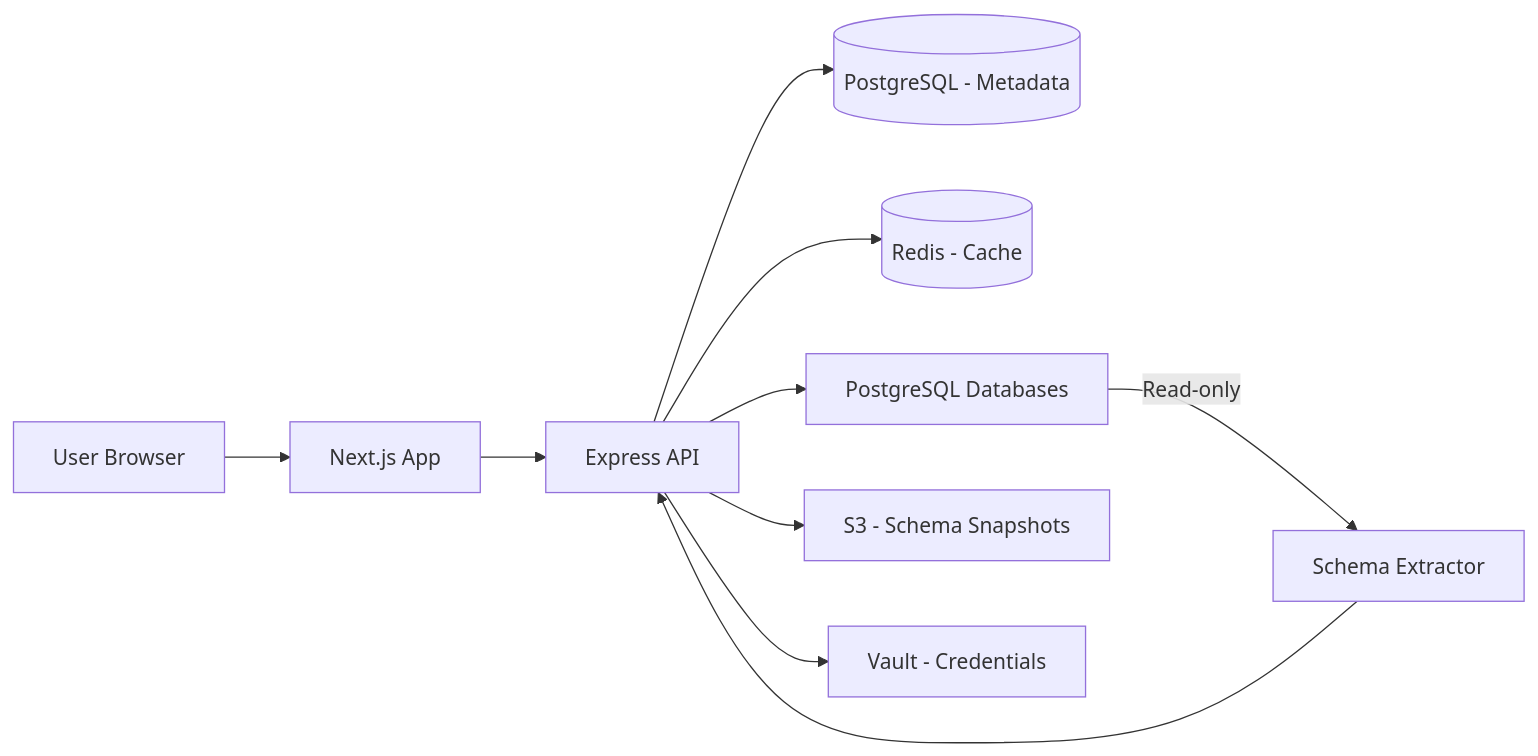
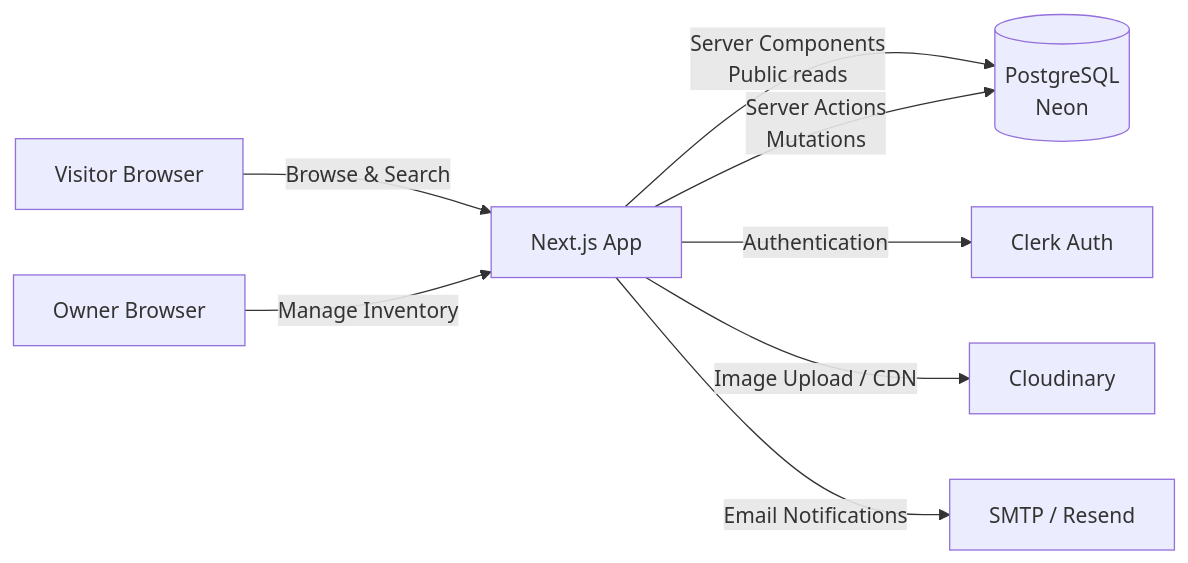
One commit to Prashant29062003/prashant_kumar_portfolio changed the first of 4 diagrams in content/projects/pg-discovery-platform/content.mdx. Above: the diagram before and after it, drawn with Mermaid. The commit also changed other lines of this file and 25 other files, not shown here.

````diff
--- a/content/projects/pg-discovery-platform/content.mdx
+++ b/content/projects/pg-discovery-platform/content.mdx
@@ -31,12 +34,11 @@
 ```mermaid
 flowchart LR
-    A[User Browser] --> B[Next.js App]
-    B --> C[Express API]
-    C --> D[(PostgreSQL - Metadata)]
-    C --> E[(Redis - Cache)]
-    C --> F[PostgreSQL Databases]
-    F -->|Read-only| G[Schema Extractor]
-    G --> C
-    C --> H[S3 - Schema Snapshots]
-    C --> I[Vault - Credentials]
+    A[Visitor Browser] -->|Browse & Search| B[Next.js App]
+    C[Owner Browser] -->|Manage Inventory| B
+
+    B -->|Server Components<br/>Public reads| D[(PostgreSQL<br/>Neon)]
+    B -->|Server Actions<br/>Mutations| D
+    B -->|Authentication| E[Clerk Auth]
+    B -->|Image Upload / CDN| F[Cloudinary]
+    B -->|Email Notifications| G[SMTP / Resend]
 ```
````
